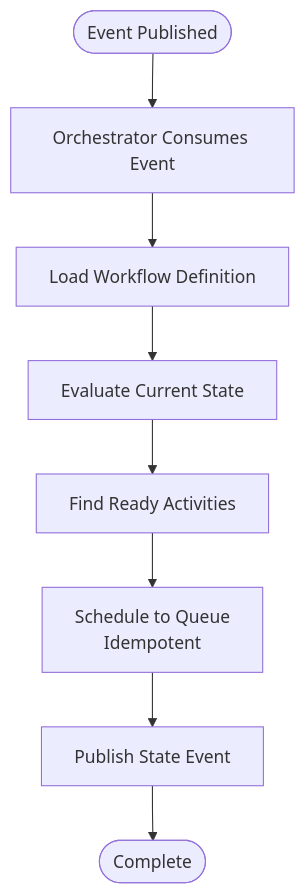
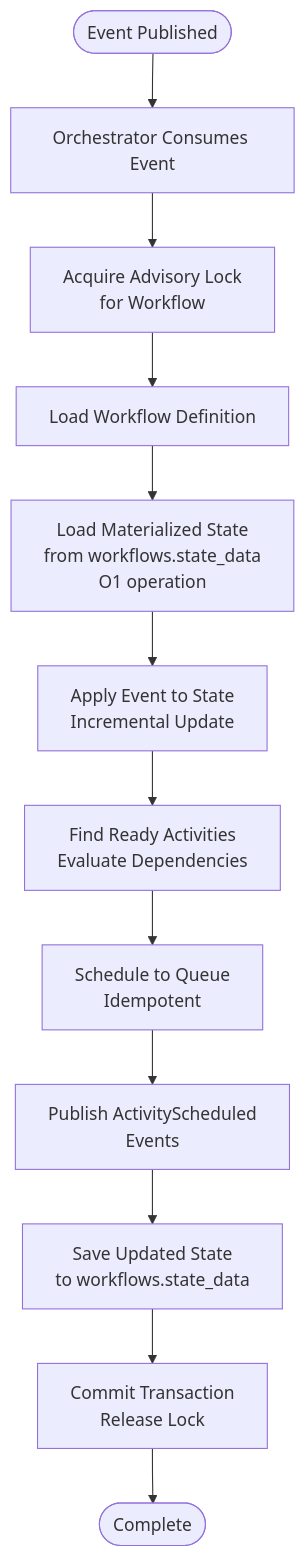
The second of 4 diagrams in docs/architecture.md (kruxia/kruxiaflow), drawn with Mermaid before and after one commit. The commit also changed other lines of this file and 1 other file, not shown here.

````diff
--- a/docs/architecture.md
+++ b/docs/architecture.md
@@ -170,10 +170,14 @@
 ```mermaid
 flowchart TD
     Start([Event Published]) --> Consume[Orchestrator Consumes Event]
-    Consume --> Load[Load Workflow Definition]
-    Load --> Eval[Evaluate Current State]
-    Eval --> Find[Find Ready Activities]
+    Consume --> Lock[Acquire Advisory Lock<br/>for Workflow]
+    Lock --> LoadDef[Load Workflow Definition]
+    LoadDef --> LoadState[Load Materialized State<br/>from workflows.state_data<br/>O1 operation]
+    LoadState --> Apply[Apply Event to State<br/>Incremental Update]
+    Apply --> Find[Find Ready Activities<br/>Evaluate Dependencies]
     Find --> Schedule[Schedule to Queue<br/>Idempotent]
-    Schedule --> Publish[Publish State Event]
-    Publish --> End([Complete])
+    Schedule --> PublishEvent[Publish ActivityScheduled<br/>Events]
+    PublishEvent --> SaveState[Save Updated State<br/>to workflows.state_data]
+    SaveState --> Commit[Commit Transaction<br/>Release Lock]
+    Commit --> End([Complete])
 ```
````
